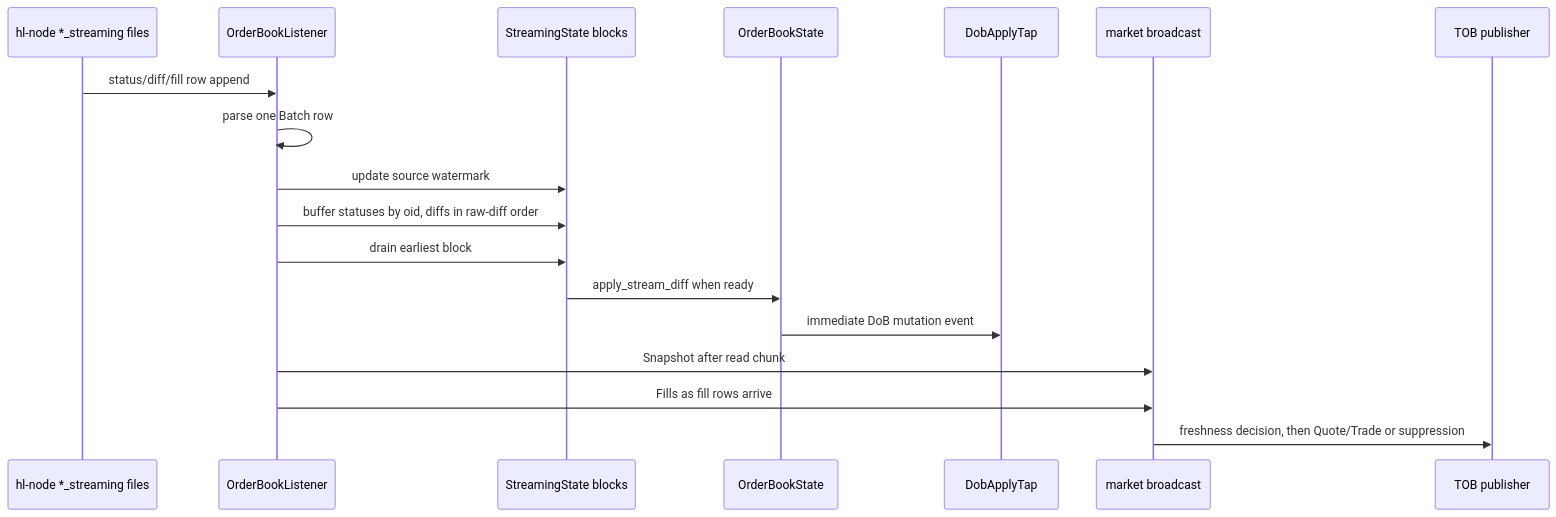
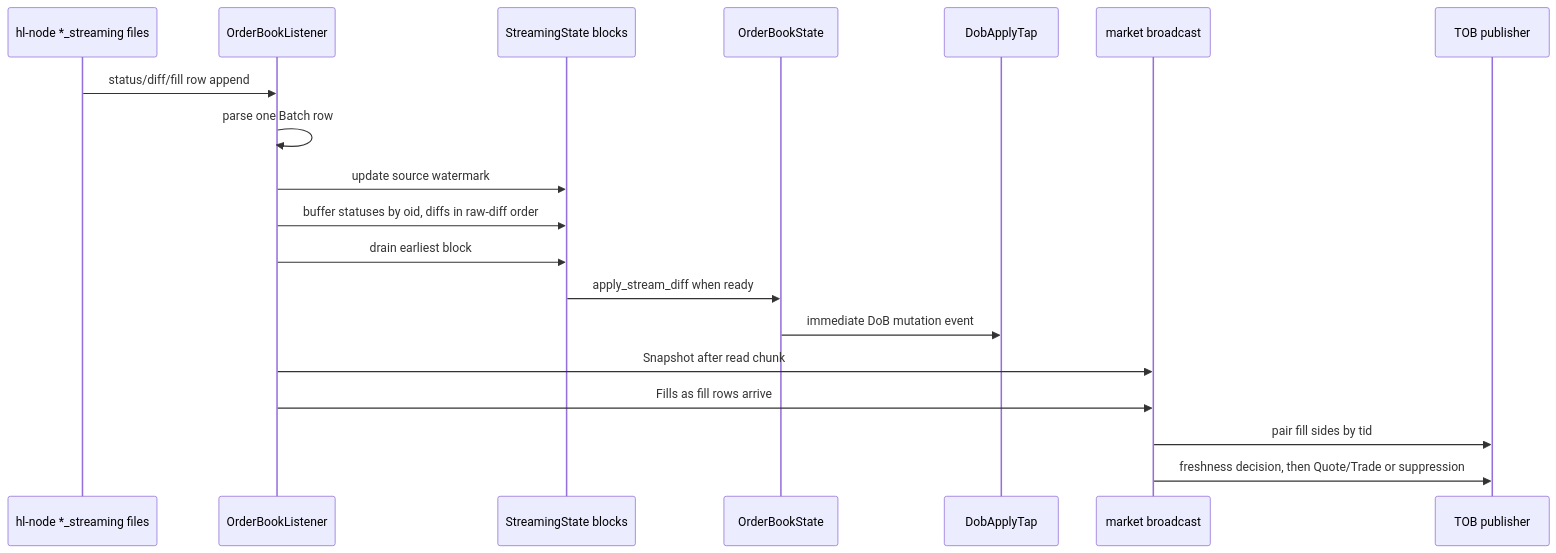
One commit to packethog/order_book_server changed the third of 6 diagrams in ARCHITECTURE.md. Above: the diagram before and after it, drawn with Mermaid. The commit also changed other lines of this file and 14 other files, not shown here.

````diff
--- a/ARCHITECTURE.md
+++ b/ARCHITECTURE.md
@@ -171,21 +180,22 @@
 ```mermaid
 sequenceDiagram
     participant HL as hl-node *_streaming files
     participant L as OrderBookListener
     participant B as StreamingState blocks
     participant S as OrderBookState
     participant D as DobApplyTap
     participant M as market broadcast
     participant T as TOB publisher
 
     HL->>L: status/diff/fill row append
     L->>L: parse one Batch row
     L->>B: update source watermark
     L->>B: buffer statuses by oid, diffs in raw-diff order
     L->>B: drain earliest block
     B->>S: apply_stream_diff when ready
     S->>D: immediate DoB mutation event
     L->>M: Snapshot after read chunk
     L->>M: Fills as fill rows arrive
+    M->>T: pair fill sides by tid
     M->>T: freshness decision, then Quote/Trade or suppression
 ```
````
